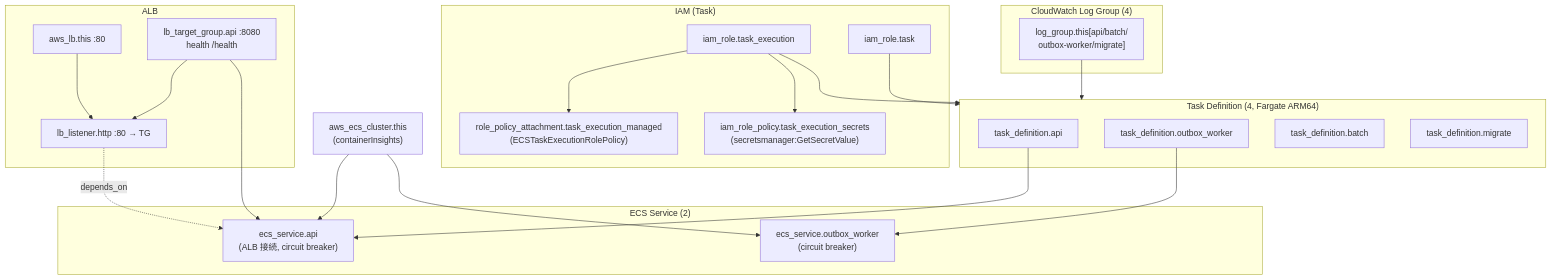
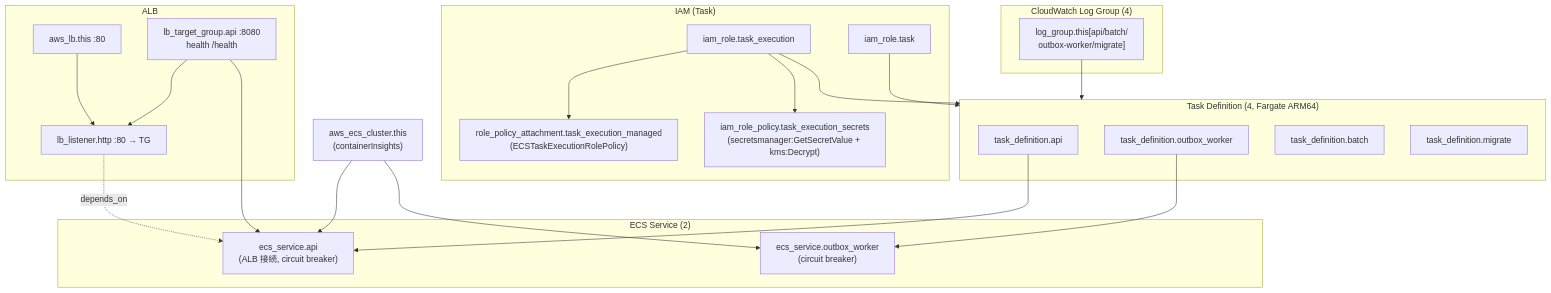
One commit to uchidas-rogue/game-api-sample changed the third of 6 diagrams in terraform/aws_resource_mermaid.md. Above: the diagram before and after it, drawn with Mermaid. The commit also changed other lines of this file and 7 other files, not shown here.

````diff
--- a/terraform/aws_resource_mermaid.md
+++ b/terraform/aws_resource_mermaid.md
@@ -110,47 +110,47 @@
 ```mermaid
 flowchart TB
     subgraph IAM["IAM (Task)"]
         RoleExec["iam_role.task_execution"]
         RoleTask["iam_role.task"]
         ExecManaged["role_policy_attachment.task_execution_managed<br/>(ECSTaskExecutionRolePolicy)"]
-        ExecSecrets["iam_role_policy.task_execution_secrets<br/>(secretsmanager:GetSecretValue)"]
+        ExecSecrets["iam_role_policy.task_execution_secrets<br/>(secretsmanager:GetSecretValue + kms:Decrypt)"]
     end
 
     Cluster["aws_ecs_cluster.this<br/>(containerInsights)"]
 
     subgraph Logs["CloudWatch Log Group (4)"]
         LG["log_group.this[api/batch/<br/>outbox-worker/migrate]"]
     end
 
     subgraph ALB["ALB"]
         LB["aws_lb.this :80"]
         TG["lb_target_group.api :8080<br/>health /health"]
         Listener["lb_listener.http :80 → TG"]
     end
 
     subgraph TaskDef["Task Definition (4, Fargate ARM64)"]
         TDApi["task_definition.api"]
         TDWorker["task_definition.outbox_worker"]
         TDBatch["task_definition.batch"]
         TDMigrate["task_definition.migrate"]
     end
 
     subgraph Svc["ECS Service (2)"]
         SvcApi["ecs_service.api<br/>(ALB 接続, circuit breaker)"]
         SvcWorker["ecs_service.outbox_worker<br/>(circuit breaker)"]
     end
 
     RoleExec --> ExecManaged
     RoleExec --> ExecSecrets
     RoleExec --> TaskDef
     RoleTask --> TaskDef
     LG --> TaskDef
     LB --> Listener
     TG --> Listener
     Cluster --> SvcApi
     Cluster --> SvcWorker
     TDApi --> SvcApi
     TDWorker --> SvcWorker
     TG --> SvcApi
     Listener -.->|depends_on| SvcApi
 ```
````
